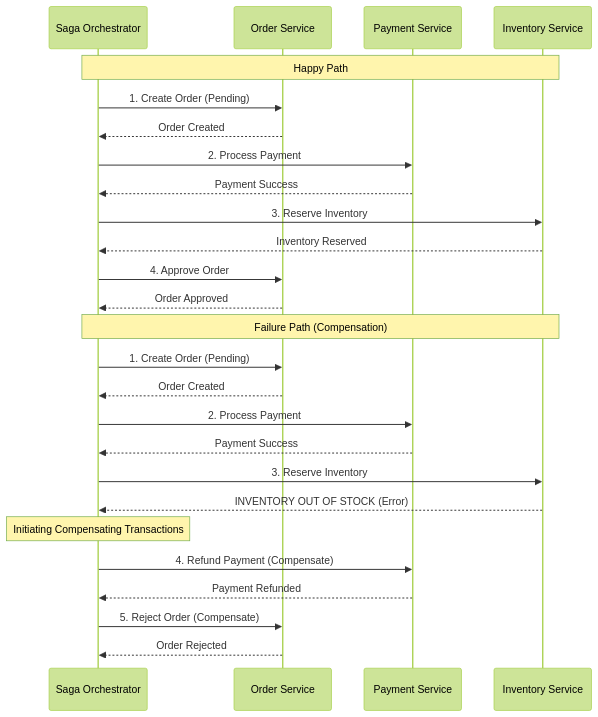
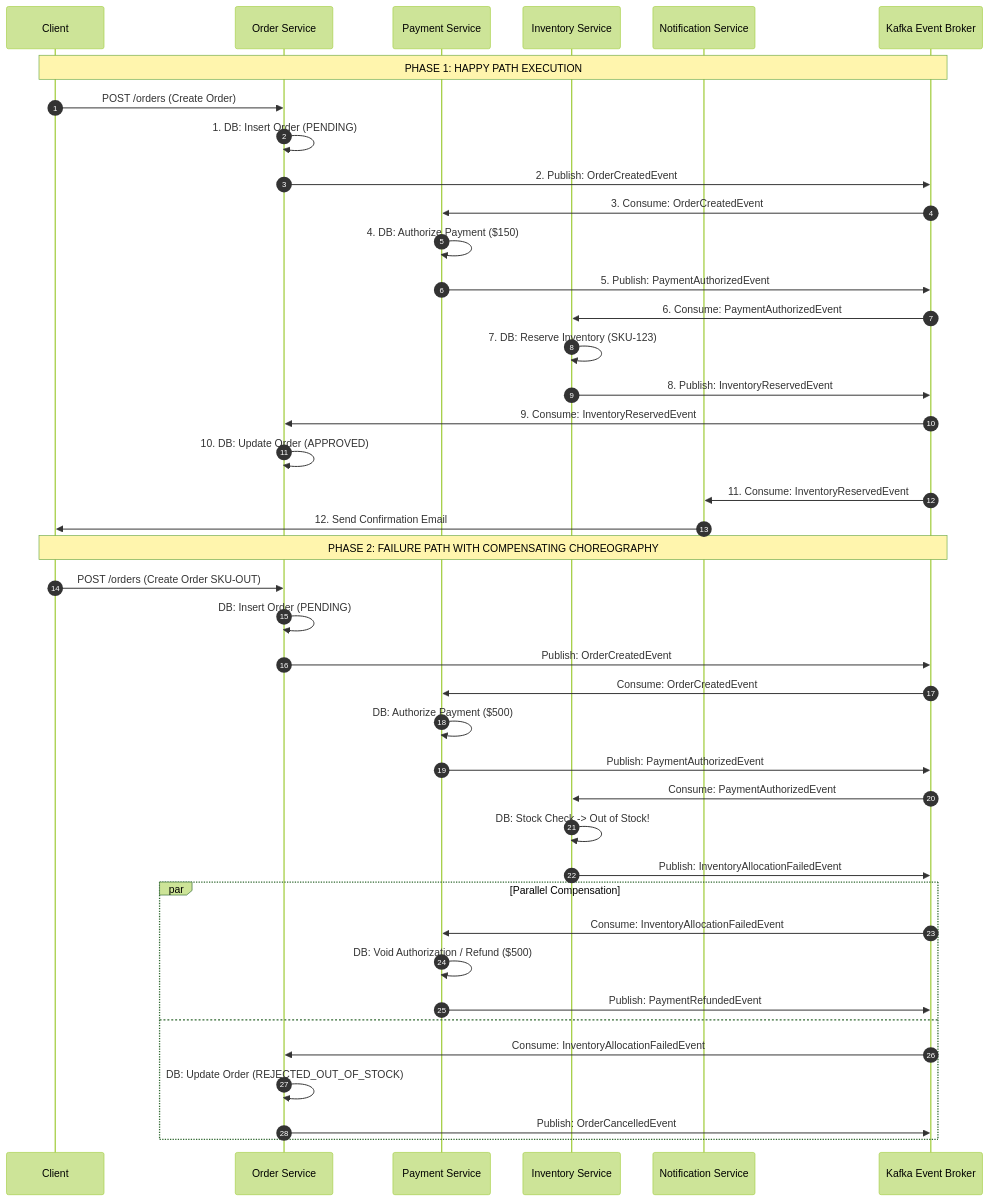
The second of 7 diagrams in Microservices Design/04_Saga_Pattern.md (cap7nsaurabh/system-design-series), drawn with Mermaid (forest theme) before and after one commit. The commit also changed other lines of this file and 14 other files, not shown here.

````diff
--- a/Microservices Design/04_Saga_Pattern.md
+++ b/Microservices Design/04_Saga_Pattern.md
@@ -31,31 +166,52 @@
 ```mermaid
 sequenceDiagram
-    participant O as Saga Orchestrator
-    participant OS as Order Service
-    participant PS as Payment Service
-    participant IS as Inventory Service
+    autonumber
+    participant Client
+    participant OrderService as Order Service
+    participant PaymentService as Payment Service
+    participant InventoryService as Inventory Service
+    participant NotificationService as Notification Service
+    participant Kafka as Kafka Event Broker
 
-    Note over O,IS: Happy Path
-    O->>OS: 1. Create Order (Pending)
-    OS-->>O: Order Created
-    O->>PS: 2. Process Payment
-    PS-->>O: Payment Success
-    O->>IS: 3. Reserve Inventory
-    IS-->>O: Inventory Reserved
-    O->>OS: 4. Approve Order
-    OS-->>O: Order Approved
+    Note over Client,Kafka: PHASE 1: HAPPY PATH EXECUTION
+    Client->>OrderService: POST /orders (Create Order)
+    OrderService->>OrderService: 1. DB: Insert Order (PENDING)
+    OrderService->>Kafka: 2. Publish: OrderCreatedEvent
+    
+    Kafka->>PaymentService: 3. Consume: OrderCreatedEvent
+    PaymentService->>PaymentService: 4. DB: Authorize Payment ($150)
+    PaymentService->>Kafka: 5. Publish: PaymentAuthorizedEvent
 
-    Note over O,IS: Failure Path (Compensation)
-    O->>OS: 1. Create Order (Pending)
-    OS-->>O: Order Created
-    O->>PS: 2. Process Payment
-    PS-->>O: Payment Success
-    O->>IS: 3. Reserve Inventory
-    IS-->>O: INVENTORY OUT OF STOCK (Error)
+    Kafka->>InventoryService: 6. Consume: PaymentAuthorizedEvent
+    InventoryService->>InventoryService: 7. DB: Reserve Inventory (SKU-123)
+    InventoryService->>Kafka: 8. Publish: InventoryReservedEvent
+
+    Kafka->>OrderService: 9. Consume: InventoryReservedEvent
+    OrderService->>OrderService: 10. DB: Update Order (APPROVED)
     
-    Note over O: Initiating Compensating Transactions
-    O->>PS: 4. Refund Payment (Compensate)
-    PS-->>O: Payment Refunded
-    O->>OS: 5. Reject Order (Compensate)
-    OS-->>O: Order Rejected
+    Kafka->>NotificationService: 11. Consume: InventoryReservedEvent
+    NotificationService->>Client: 12. Send Confirmation Email
+
+    Note over Client,Kafka: PHASE 2: FAILURE PATH WITH COMPENSATING CHOREOGRAPHY
+    Client->>OrderService: POST /orders (Create Order SKU-OUT)
+    OrderService->>OrderService: DB: Insert Order (PENDING)
+    OrderService->>Kafka: Publish: OrderCreatedEvent
+    
+    Kafka->>PaymentService: Consume: OrderCreatedEvent
+    PaymentService->>PaymentService: DB: Authorize Payment ($500)
+    PaymentService->>Kafka: Publish: PaymentAuthorizedEvent
+
+    Kafka->>InventoryService: Consume: PaymentAuthorizedEvent
+    InventoryService->>InventoryService: DB: Stock Check -> Out of Stock!
+    InventoryService->>Kafka: Publish: InventoryAllocationFailedEvent
+
+    par Parallel Compensation
+        Kafka->>PaymentService: Consume: InventoryAllocationFailedEvent
+        PaymentService->>PaymentService: DB: Void Authorization / Refund ($500)
+        PaymentService->>Kafka: Publish: PaymentRefundedEvent
+    and
+        Kafka->>OrderService: Consume: InventoryAllocationFailedEvent
+        OrderService->>OrderService: DB: Update Order (REJECTED_OUT_OF_STOCK)
+        OrderService->>Kafka: Publish: OrderCancelledEvent
+    end
 ```
````
